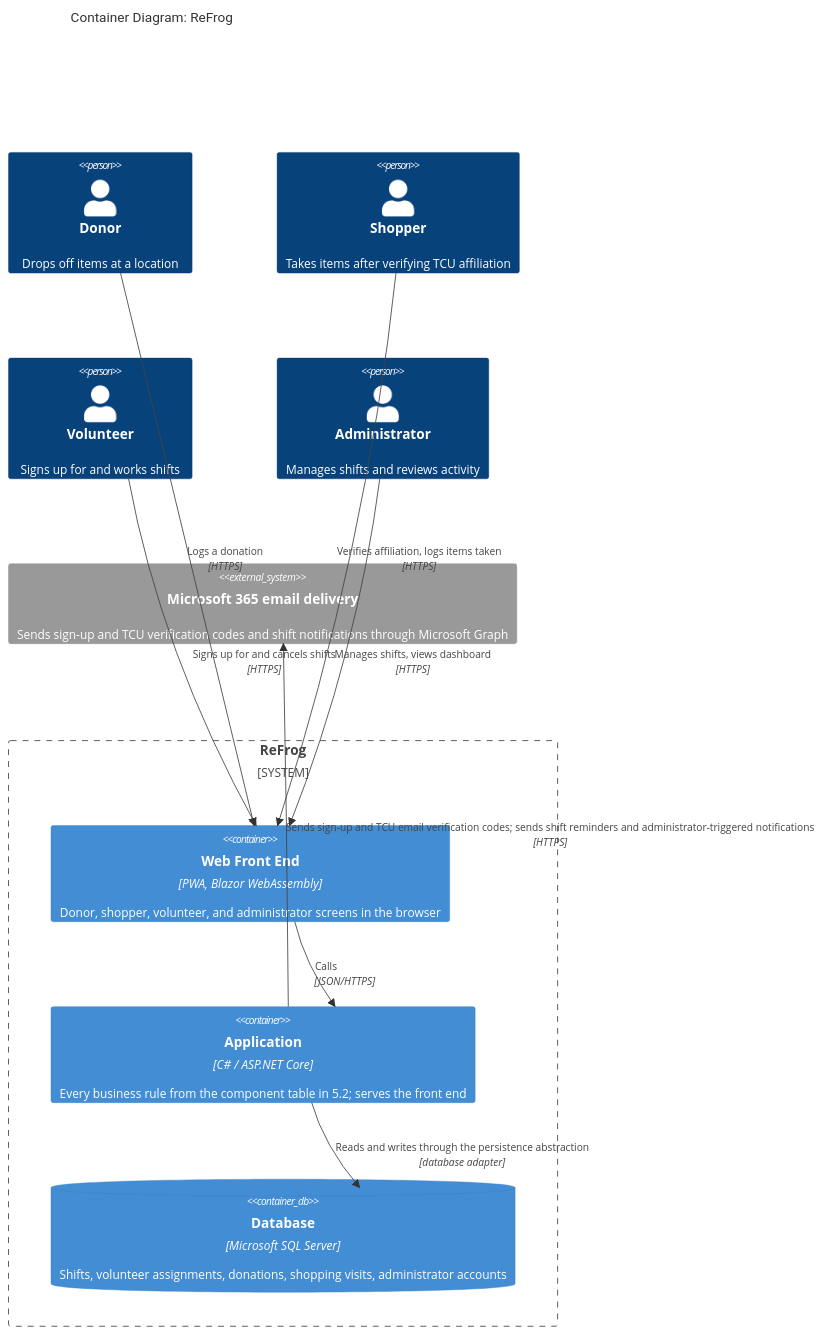
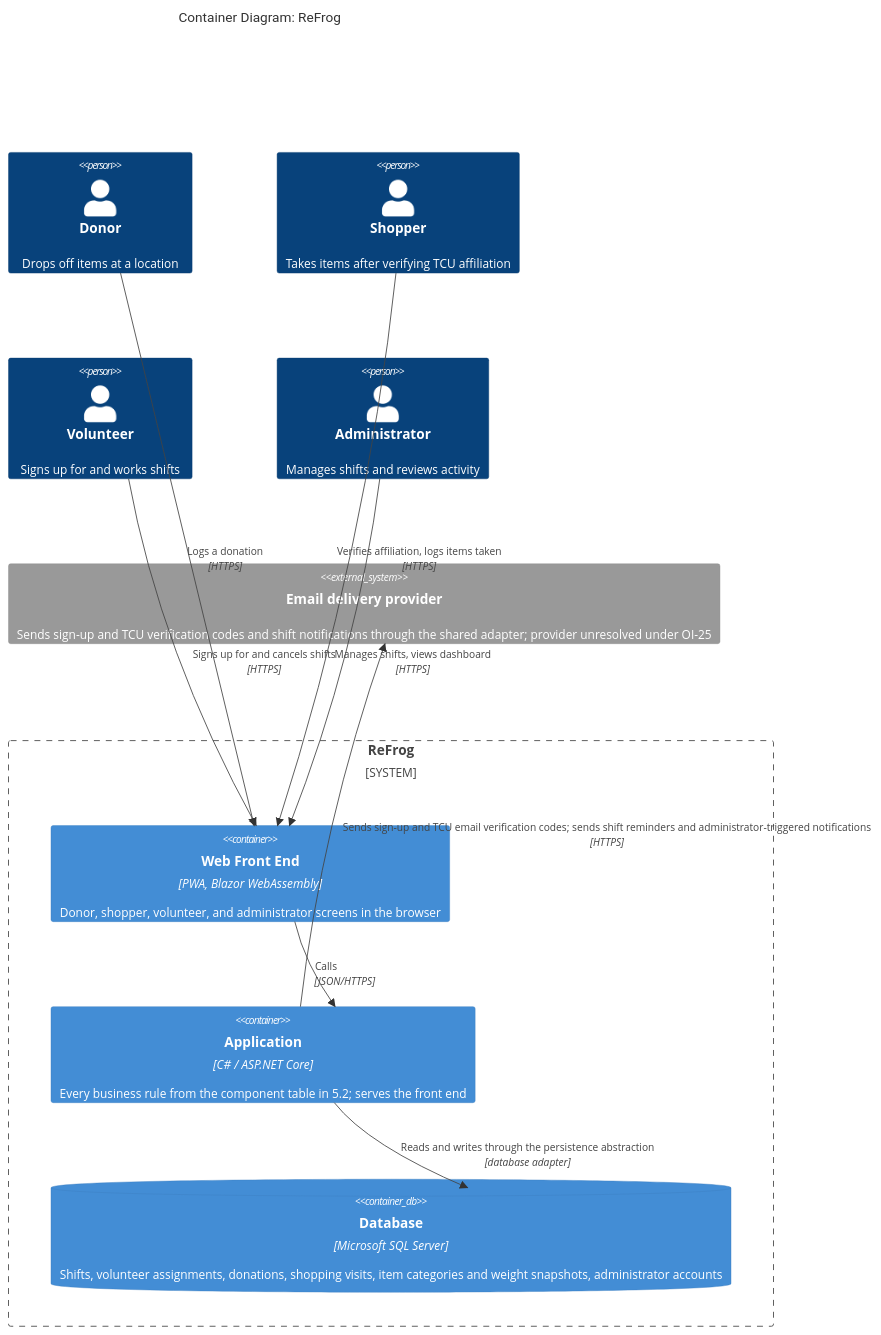
One commit to evelyntrann/cosc-40943-team-3-refrog changed the third of 3 diagrams in docs/design/architectural-design.md. Above: the diagram before and after it, drawn with Mermaid. The commit also changed other lines of this file and 22 other files, not shown here.

````diff
--- a/docs/design/architectural-design.md
+++ b/docs/design/architectural-design.md
@@ -213,25 +213,25 @@
 ```mermaid
 C4Container
     title Container Diagram: ReFrog
 
     Person(donor, "Donor", "Drops off items at a location")
     Person(shopper, "Shopper", "Takes items after verifying TCU affiliation")
     Person(volunteer, "Volunteer", "Signs up for and works shifts")
     Person(admin, "Administrator", "Manages shifts and reviews activity")
 
     System_Boundary(refrog, "ReFrog") {
         Container(web, "Web Front End", "PWA, Blazor WebAssembly", "Donor, shopper, volunteer, and administrator screens in the browser")
         Container(app, "Application", "C# / ASP.NET Core", "Every business rule from the component table in 5.2; serves the front end")
-        ContainerDb(db, "Database", "Microsoft SQL Server", "Shifts, volunteer assignments, donations, shopping visits, administrator accounts")
+        ContainerDb(db, "Database", "Microsoft SQL Server", "Shifts, volunteer assignments, donations, shopping visits, item categories and weight snapshots, administrator accounts")
     }
 
-    System_Ext(notify, "Microsoft 365 email delivery", "Sends sign-up and TCU verification codes and shift notifications through Microsoft Graph")
+    System_Ext(notify, "Email delivery provider", "Sends sign-up and TCU verification codes and shift notifications through the shared adapter; provider unresolved under OI-25")
 
     Rel(donor, web, "Logs a donation", "HTTPS")
     Rel(shopper, web, "Verifies affiliation, logs items taken", "HTTPS")
     Rel(volunteer, web, "Signs up for and cancels shifts", "HTTPS")
     Rel(admin, web, "Manages shifts, views dashboard", "HTTPS")
     Rel(web, app, "Calls", "JSON/HTTPS")
     Rel(app, db, "Reads and writes through the persistence abstraction", "database adapter")
     Rel(app, notify, "Sends sign-up and TCU email verification codes; sends shift reminders and administrator-triggered notifications", "HTTPS")
 ```
````
